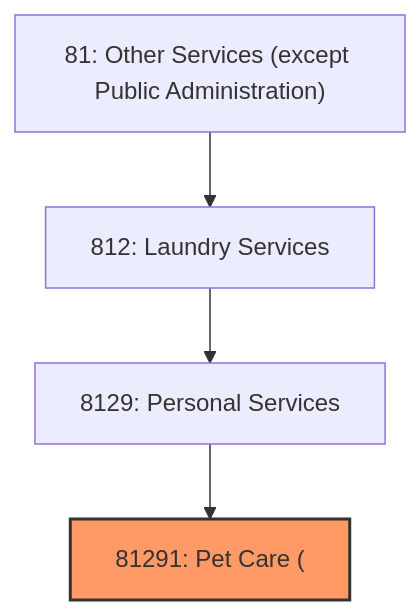
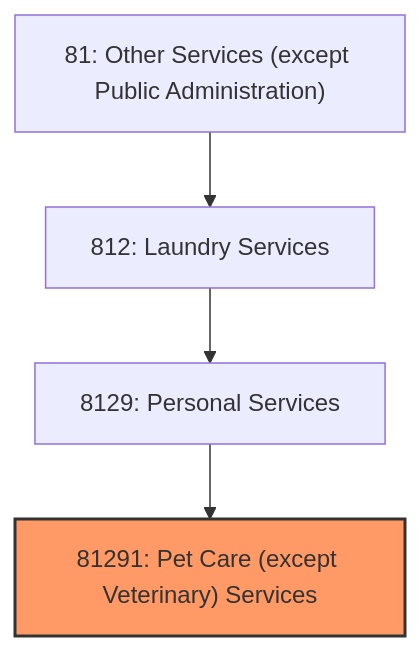
The first of 3 diagrams in industries/OtherServices/LaundryServices/PersonalServices/PetCare.mdx (kziemski/business.org.ai), drawn with Mermaid before and after one commit. The commit also changed other lines of this file and 67418 other files, not shown here.

````diff
--- a/industries/OtherServices/LaundryServices/PersonalServices/PetCare.mdx
+++ b/industries/OtherServices/LaundryServices/PersonalServices/PetCare.mdx
@@ -20,8 +20,8 @@
 ```mermaid
 graph TD
     S81["81: Other Services (except Public Administration)"]
     S81 --> N812["812: Laundry Services"]
     N812 --> N8129["8129: Personal Services"]
-    N8129 --> N81291["81291: Pet Care ("]
+    N8129 --> N81291["81291: Pet Care (except Veterinary) Services"]
     style N81291 fill:#f96,stroke:#333,stroke-width:2px
 ```
````
